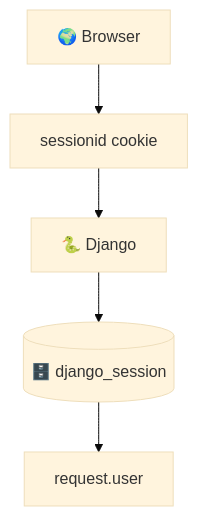
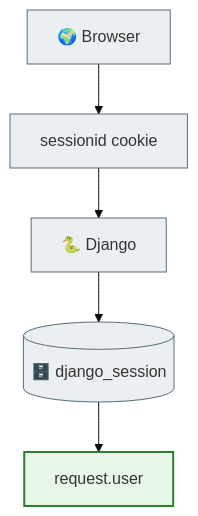
Before and after one commit to NikoriakViktot/notes_chat_app: diagram 11 of 19 in docs/02_django_core/django_mermaid_full.md, drawn with Mermaid (base theme). The commit also changed other lines of this file and 441 other files, not shown here.

First line of the commit message:
Add English version of the book, Mermaid standard, docs fixes

````diff
--- a/docs/02_django_core/django_mermaid_full.md
+++ b/docs/02_django_core/django_mermaid_full.md
@@ -331,21 +351,26 @@
 ```mermaid
 flowchart TB
 
     Browser["🌍 Browser"]
 
     Cookie["sessionid cookie"]
 
     Django["🐍 Django"]
 
     SessionDB[("🗄️ django_session")]
 
     User["request.user"]
 
     Browser --> Cookie
 
     Cookie --> Django
 
     Django --> SessionDB
 
     SessionDB --> User
+
+    classDef step     fill:#eceff1,stroke:#546e7a,stroke-width:1px;
+    classDef success  fill:#e8f5e9,stroke:#2e7d32,stroke-width:2px;
+    class Browser,Cookie,Django,SessionDB step;
+    class User success;
 ```
````
